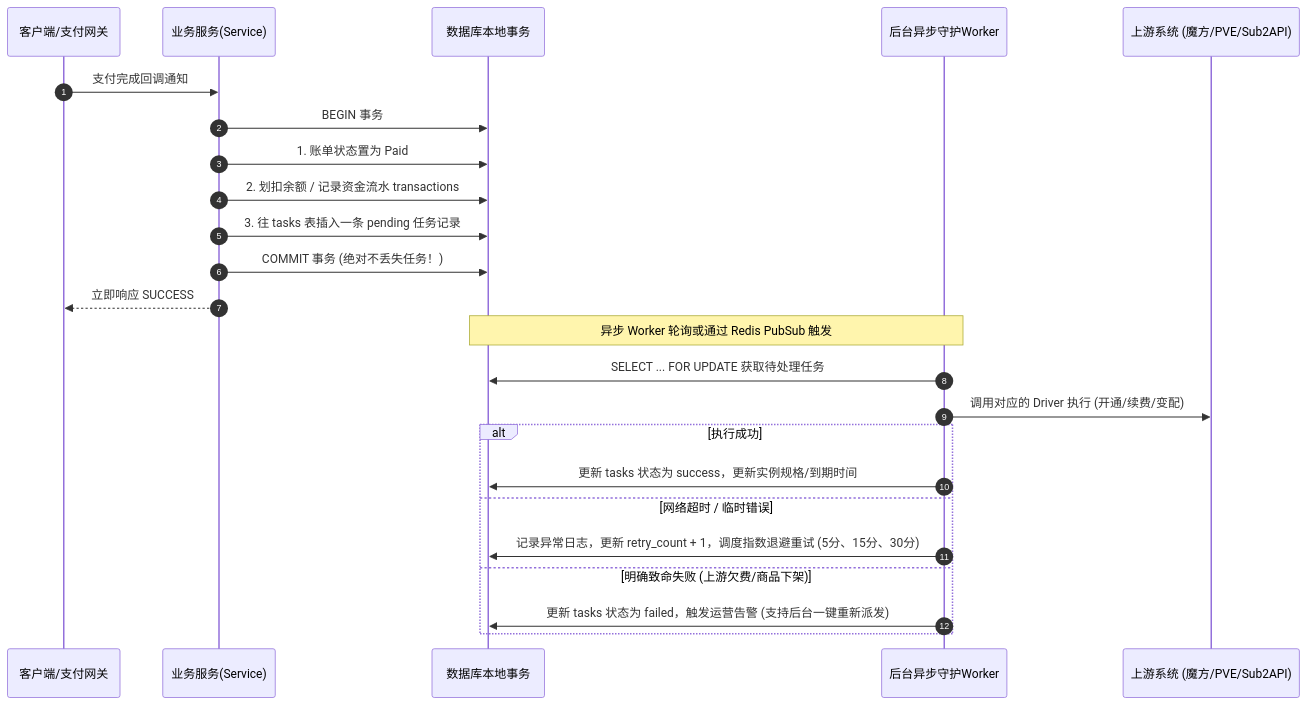
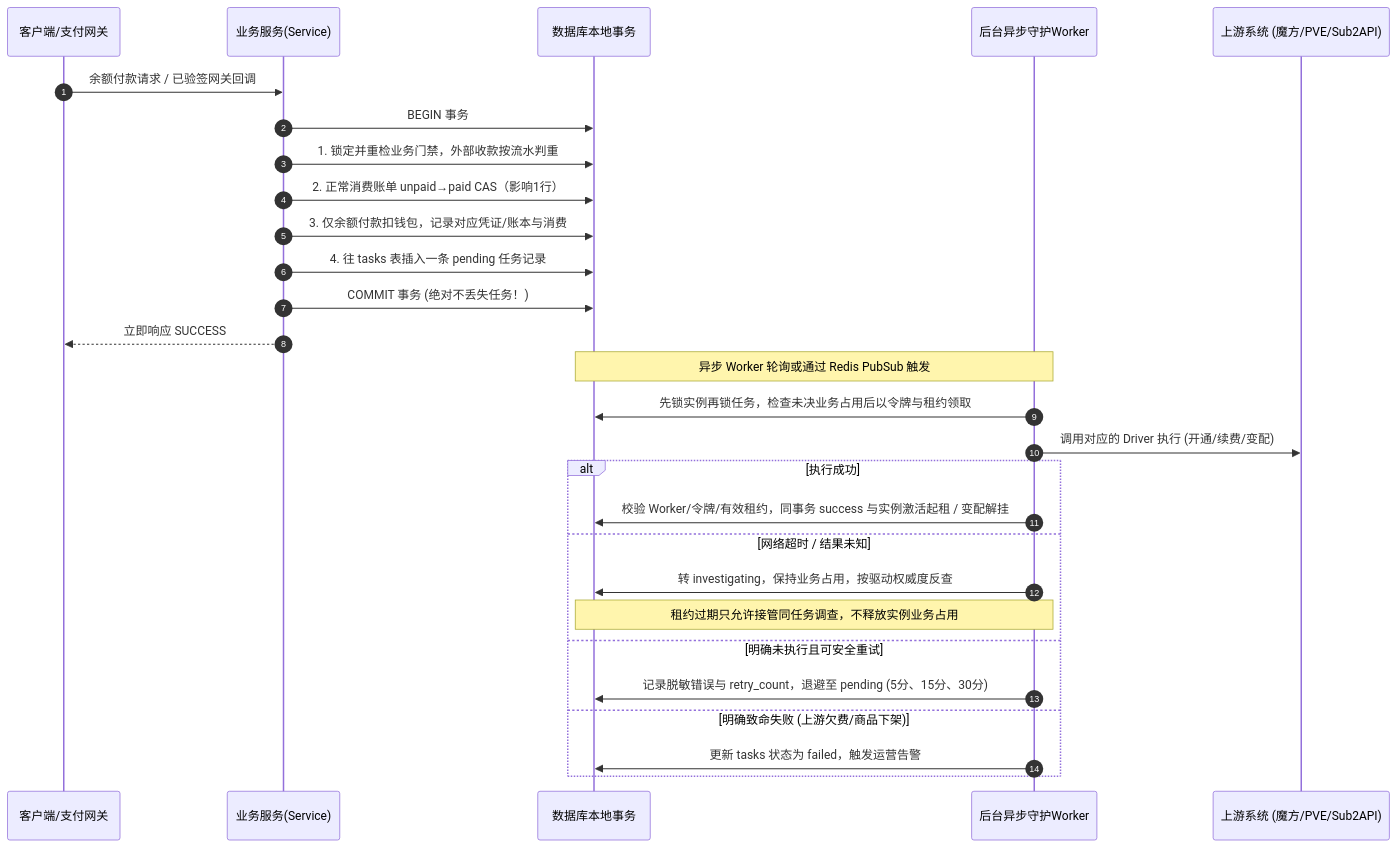
Before and after one commit to QAQ000000/idc: the diagram in docs/ARCHITECTURE.md, drawn with Mermaid. The commit also changed other lines of this file and 30 other files, not shown here.

First line of the commit message:
fix(architecture): enforce plugin isolation and reconcile domain contracts

````diff
--- a/docs/ARCHITECTURE.md
+++ b/docs/ARCHITECTURE.md
@@ -48,28 +48,32 @@
 ```mermaid
 sequenceDiagram
     autonumber
     participant Client as 客户端/支付网关
     participant API as 业务服务(Service)
     participant DB as 数据库本地事务
     participant Worker as 后台异步守护Worker
     participant Upstream as 上游系统 (魔方/PVE/Sub2API)
 
-    Client->>API: 支付完成回调通知
+    Client->>API: 余额付款请求 / 已验签网关回调
     API->>DB: BEGIN 事务
-    API->>DB: 1. 账单状态置为 Paid
-    API->>DB: 2. 划扣余额 / 记录资金流水 transactions
-    API->>DB: 3. 往 tasks 表插入一条 pending 任务记录
+    API->>DB: 1. 锁定并重检业务门禁，外部收款按流水判重
+    API->>DB: 2. 正常消费账单 unpaid→paid CAS（影响1行）
+    API->>DB: 3. 仅余额付款扣钱包，记录对应凭证/账本与消费
+    API->>DB: 4. 往 tasks 表插入一条 pending 任务记录
     API->>DB: COMMIT 事务 (绝对不丢失任务！)
     API-->>Client: 立即响应 SUCCESS
 
     Note over Worker,DB: 异步 Worker 轮询或通过 Redis PubSub 触发
-    Worker->>DB: SELECT ... FOR UPDATE 获取待处理任务
+    Worker->>DB: 先锁实例再锁任务，检查未决业务占用后以令牌与租约领取
     Worker->>Upstream: 调用对应的 Driver 执行 (开通/续费/变配)
     alt 执行成功
-        Worker->>DB: 更新 tasks 状态为 success，更新实例规格/到期时间
-    else 网络超时 / 临时错误
-        Worker->>DB: 记录异常日志，更新 retry_count + 1，调度指数退避重试 (5分、15分、30分)
+        Worker->>DB: 校验 Worker/令牌/有效租约，同事务 success 与实例激活起租 / 变配解挂
+    else 网络超时 / 结果未知
+        Worker->>DB: 转 investigating，保持业务占用，按驱动权威度反查
+        Note over Worker,DB: 租约过期只允许接管同任务调查，不释放实例业务占用
+    else 明确未执行且可安全重试
+        Worker->>DB: 记录脱敏错误与 retry_count，退避至 pending (5分、15分、30分)
     else 明确致命失败 (上游欠费/商品下架)
-        Worker->>DB: 更新 tasks 状态为 failed，触发运营告警 (支持后台一键重新派发)
+        Worker->>DB: 更新 tasks 状态为 failed，触发运营告警
     end
 ```
````
